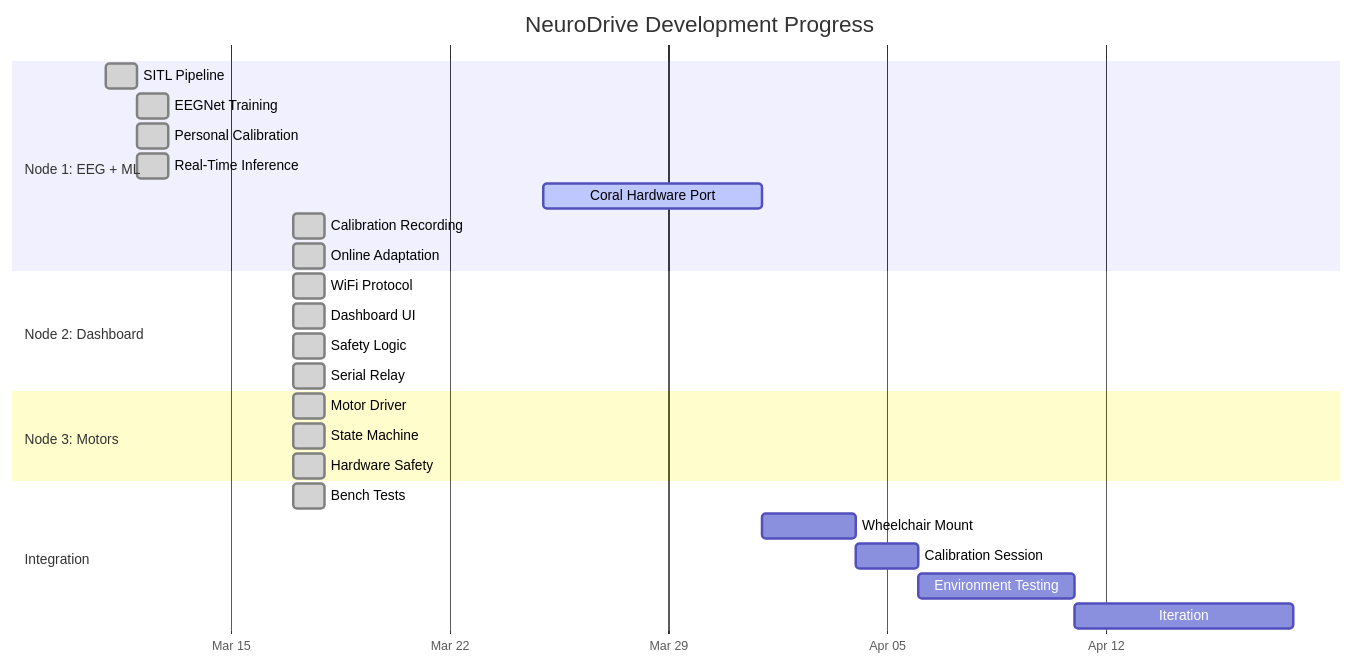
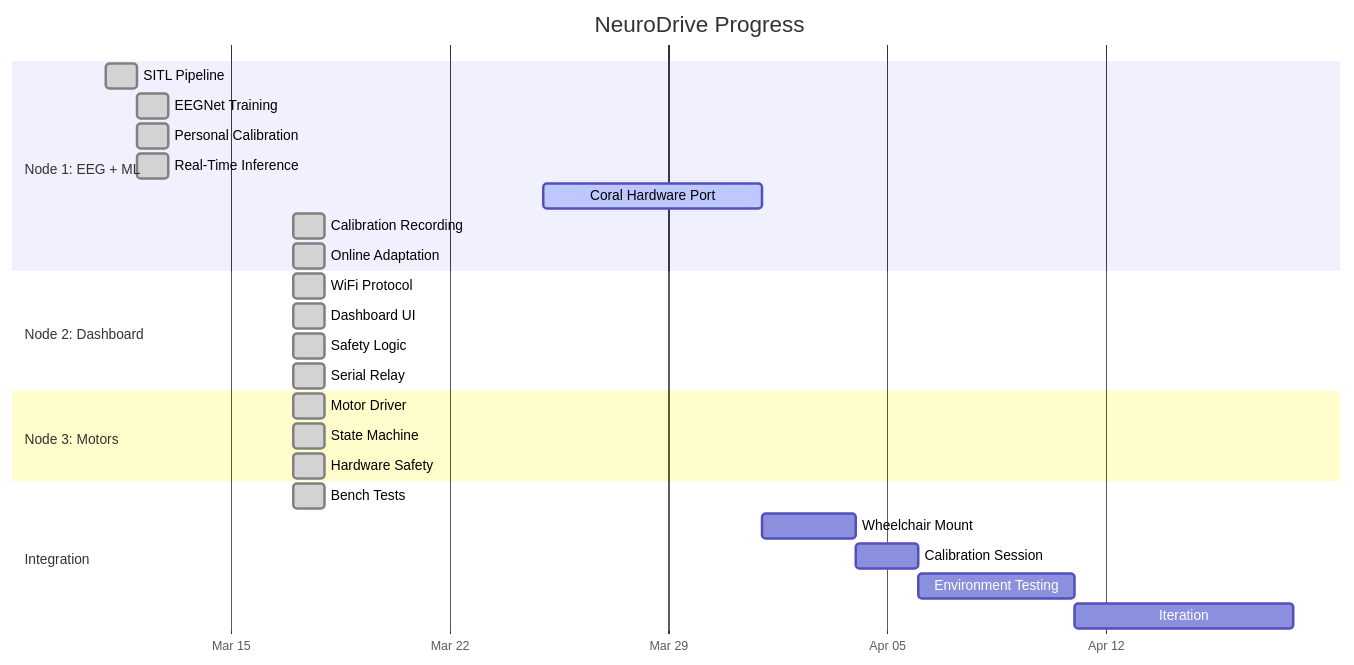
Before and after one commit to Bumply/bitirme: the second of 2 diagrams in README.md, drawn with Mermaid. The commit also changed other lines of this file and 1 other file, not shown here.

````diff
--- a/README.md
+++ b/README.md
@@ -241,33 +177,33 @@
 ```mermaid
 gantt
-    title NeuroDrive Development Progress
+    title NeuroDrive Progress
     dateFormat YYYY-MM-DD
     axisFormat %b %d
 
     section Node 1: EEG + ML
     SITL Pipeline           :done, s1, 2026-03-11, 1d
     EEGNet Training         :done, s2, 2026-03-12, 1d
     Personal Calibration    :done, s3, 2026-03-12, 1d
     Real-Time Inference     :done, s4, 2026-03-12, 1d
     Coral Hardware Port     :active, s5, 2026-03-25, 7d
     Calibration Recording   :done, s6, 2026-03-17, 1d
     Online Adaptation       :done, s7, 2026-03-17, 1d
 
     section Node 2: Dashboard
     WiFi Protocol           :done, s8, 2026-03-17, 1d
     Dashboard UI            :done, s9, 2026-03-17, 1d
     Safety Logic            :done, s10, 2026-03-17, 1d
     Serial Relay            :done, s11, 2026-03-17, 1d
 
     section Node 3: Motors
     Motor Driver            :done, s12, 2026-03-17, 1d
     State Machine           :done, s13, 2026-03-17, 1d
     Hardware Safety         :done, s14, 2026-03-17, 1d
 
     section Integration
     Bench Tests             :done, s15, 2026-03-17, 1d
     Wheelchair Mount        :s16, after s5, 3d
     Calibration Session     :s17, after s16, 2d
     Environment Testing     :s18, after s17, 5d
     Iteration               :s19, after s18, 7d
 ```
````
